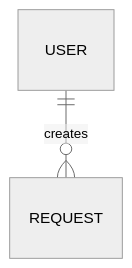
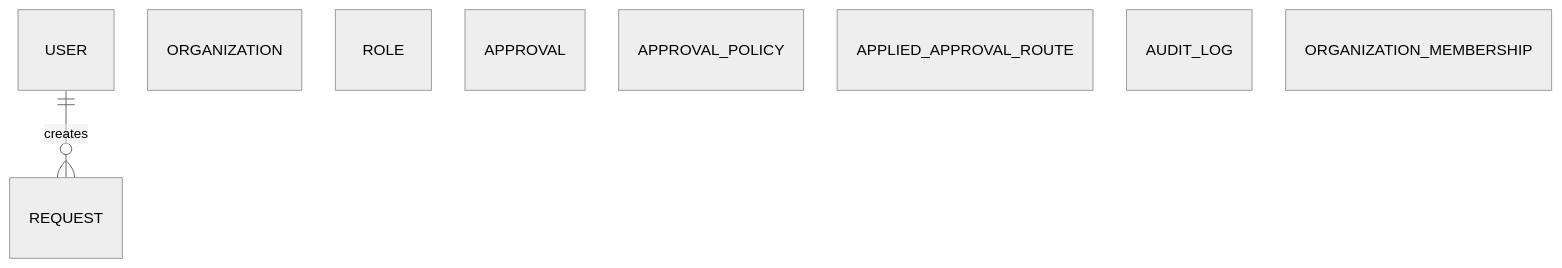
The diagram in docs/er/01_concept-er.md (n-yoshida-dev/orgflow), drawn with Mermaid (neutral theme) before and after one commit.

Commit message:
mod: concept-er

````diff
--- a/docs/er/01_concept-er.md
+++ b/docs/er/01_concept-er.md
@@ -7,13 +7,21 @@
 ```mermaid
 ---
 config:
   layout: elk
 ---
 erDiagram
   USER
+  ORGANIZATION
+  ROLE
   REQUEST
+  APPROVAL
+  APPROVAL_POLICY
+  APPLIED_APPROVAL_ROUTE
+  AUDIT_LOG
+  ORGANIZATION_MEMBERSHIP
+
 
   USER ||--o{ REQUEST : creates
 
 
 ```
````
